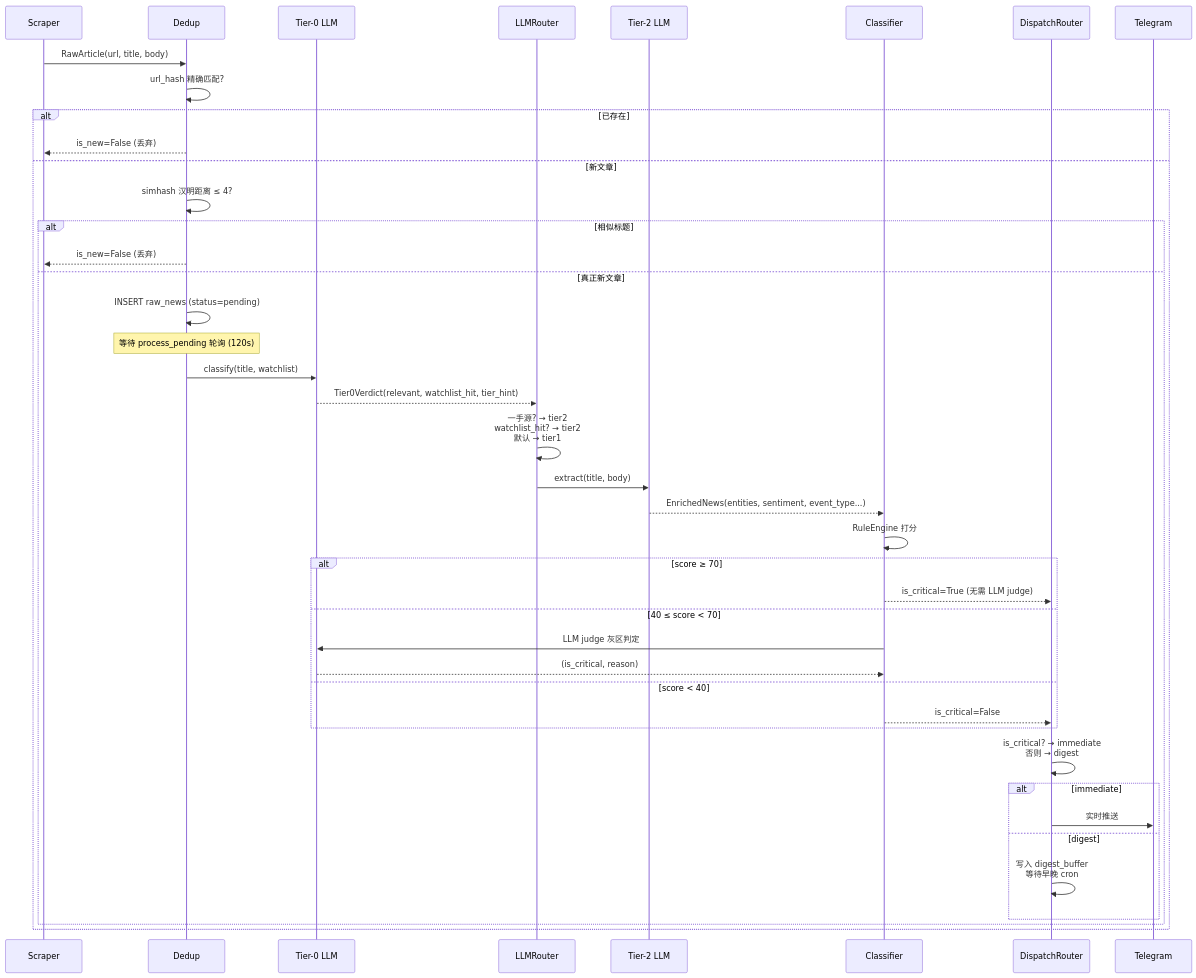
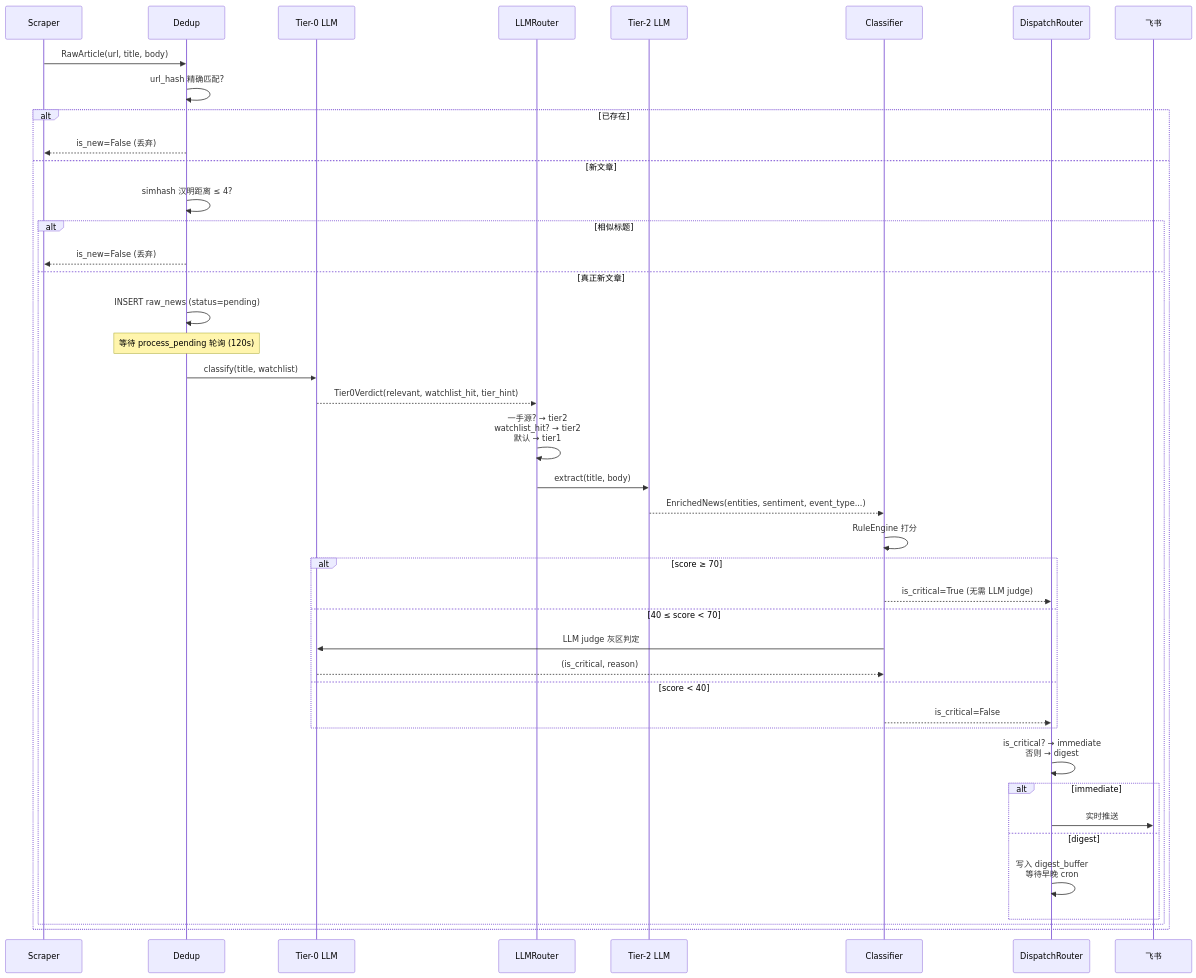
The second of 2 diagrams in docs/getting-started/architecture.md (zhuangqingbin/NewsProject), drawn with Mermaid before and after one commit. The commit also changed other lines of this file and 16 other files, not shown here.

````diff
--- a/docs/getting-started/architecture.md
+++ b/docs/getting-started/architecture.md
@@ -77,45 +75,45 @@
 ```mermaid
 sequenceDiagram
     participant S as Scraper
     participant D as Dedup
     participant T0 as Tier-0 LLM
     participant LR as LLMRouter
     participant T2 as Tier-2 LLM
     participant IC as Classifier
     participant DR as DispatchRouter
-    participant TG as Telegram
+    participant FS as 飞书
 
     S->>D: RawArticle(url, title, body)
     D->>D: url_hash 精确匹配?
     alt 已存在
         D-->>S: is_new=False (丢弃)
     else 新文章
         D->>D: simhash 汉明距离 ≤ 4?
         alt 相似标题
             D-->>S: is_new=False (丢弃)
         else 真正新文章
             D->>D: INSERT raw_news (status=pending)
             Note over D: 等待 process_pending 轮询 (120s)
             D->>T0: classify(title, watchlist)
             T0-->>LR: Tier0Verdict(relevant, watchlist_hit, tier_hint)
             LR->>LR: 一手源? → tier2<br/>watchlist_hit? → tier2<br/>默认 → tier1
             LR->>T2: extract(title, body)
             T2-->>IC: EnrichedNews(entities, sentiment, event_type...)
             IC->>IC: RuleEngine 打分
             alt score ≥ 70
                 IC-->>DR: is_critical=True (无需 LLM judge)
             else 40 ≤ score < 70
                 IC->>T0: LLM judge 灰区判定
                 T0-->>IC: (is_critical, reason)
             else score < 40
                 IC-->>DR: is_critical=False
             end
             DR->>DR: is_critical? → immediate<br/>否则 → digest
             alt immediate
-                DR->>TG: 实时推送
+                DR->>FS: 实时推送
             else digest
                 DR->>DR: 写入 digest_buffer<br/>等待早晚 cron
             end
         end
     end
 ```
````
